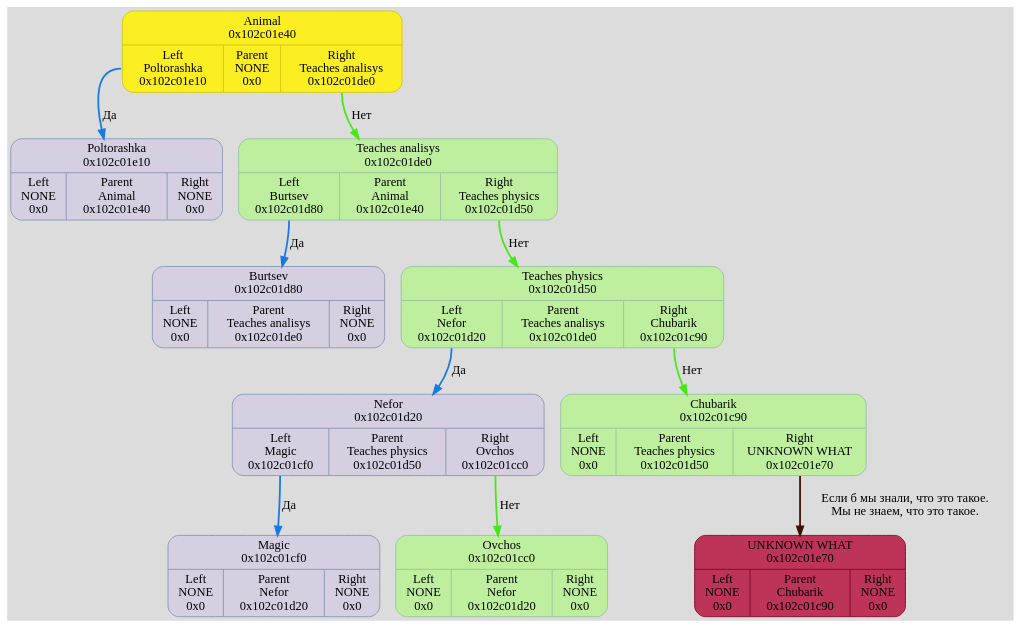
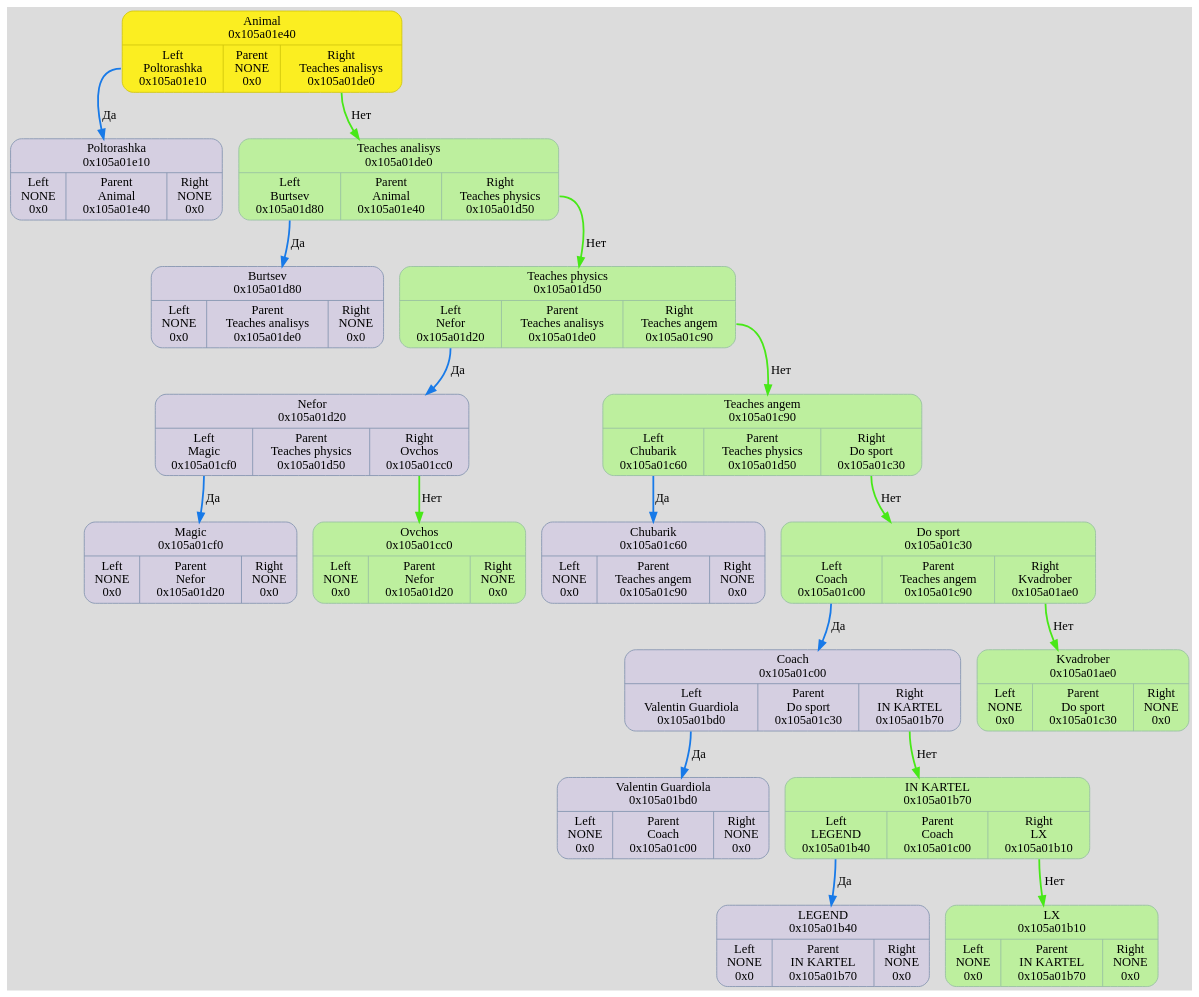
Before and after one commit to TolikRogov/Akinator: the diagram in dump/graph.dot, drawn with Graphviz. The commit also changed 53 other files, not shown here.

```diff
--- a/dump/graph.dot
+++ b/dump/graph.dot
@@ -1,29 +1,46 @@
 digraph {
 	fontname = "UbuntuMono";
 	bgcolor = "#DCDCDC";
 
-	node0x102c01e40 [ shape = Mrecord; style = filled; fillcolor = "#FBEE21"; color = "#D3C70D"; fontcolor = "#000000";label = " { Animal\n0x102c01e40 | { <left> Left\nPoltorashka\n0x102c01e10 | Parent\nNONE\n0x0 | <right> Right\nTeaches analisys\n0x102c01de0 } } ";  ];
-	node0x102c01e40:<left> -> node0x102c01e10 [ style = "bold"; color = "#187AE8"; label = "Да"; ];
-	node0x102c01e10 [ shape = Mrecord; style = filled; fillcolor = "#D5CFE1"; color = "#8797b2"; fontcolor = "#000000";label = " { Poltorashka\n0x102c01e10 | { <left> Left\nNONE\n0x0 | Parent\nAnimal\n0x102c01e40 | <right> Right\nNONE\n0x0 } } ";  ];
-	node0x102c01de0 [ shape = Mrecord; style = filled; fillcolor = "#D5CFE1"; color = "#8797b2"; fontcolor = "#000000";label = " { Teaches analisys\n0x102c01de0 | { <left> Left\nBurtsev\n0x102c01d80 | Parent\nAnimal\n0x102c01e40 | <right> Right\nTeaches physics\n0x102c01d50 } } ";  ];
-	node0x102c01de0:<left> -> node0x102c01d80 [ style = "bold"; color = "#187AE8"; label = "Да"; ];
-	node0x102c01d80 [ shape = Mrecord; style = filled; fillcolor = "#D5CFE1"; color = "#8797b2"; fontcolor = "#000000";label = " { Burtsev\n0x102c01d80 | { <left> Left\nNONE\n0x0 | Parent\nTeaches analisys\n0x102c01de0 | <right> Right\nNONE\n0x0 } } ";  ];
-	node0x102c01d50 [ shape = Mrecord; style = filled; fillcolor = "#D5CFE1"; color = "#8797b2"; fontcolor = "#000000";label = " { Teaches physics\n0x102c01d50 | { <left> Left\nNefor\n0x102c01d20 | Parent\nTeaches analisys\n0x102c01de0 | <right> Right\nChubarik\n0x102c01c90 } } ";  ];
-	node0x102c01d50:<left> -> node0x102c01d20 [ style = "bold"; color = "#187AE8"; label = "Да"; ];
-	node0x102c01d20 [ shape = Mrecord; style = filled; fillcolor = "#D5CFE1"; color = "#8797b2"; fontcolor = "#000000";label = " { Nefor\n0x102c01d20 | { <left> Left\nMagic\n0x102c01cf0 | Parent\nTeaches physics\n0x102c01d50 | <right> Right\nOvchos\n0x102c01cc0 } } ";  ];
-	node0x102c01d20:<left> -> node0x102c01cf0 [ style = "bold"; color = "#187AE8"; label = "Да"; ];
-	node0x102c01cf0 [ shape = Mrecord; style = filled; fillcolor = "#D5CFE1"; color = "#8797b2"; fontcolor = "#000000";label = " { Magic\n0x102c01cf0 | { <left> Left\nNONE\n0x0 | Parent\nNefor\n0x102c01d20 | <right> Right\nNONE\n0x0 } } ";  ];
-	node0x102c01cc0 [ shape = Mrecord; style = filled; fillcolor = "#D5CFE1"; color = "#8797b2"; fontcolor = "#000000";label = " { Ovchos\n0x102c01cc0 | { <left> Left\nNONE\n0x0 | Parent\nNefor\n0x102c01d20 | <right> Right\nNONE\n0x0 } } ";  ];
-	node0x102c01d20:<right> -> node0x102c01cc0 [ style = "bold"; color = "#48E818"; label = "Нет"; ];
-	node0x102c01cc0 [ fillcolor = "#BDEF9E"; color = "#99c2a2"; fontcolor = "#000000"; ];
-	node0x102c01c90 [ shape = Mrecord; style = filled; fillcolor = "#D5CFE1"; color = "#8797b2"; fontcolor = "#000000";label = " { Chubarik\n0x102c01c90 | { <left> Left\nNONE\n0x0 | Parent\nTeaches physics\n0x102c01d50 | <right> Right\nUNKNOWN WHAT\n0x102c01e70 } } ";  ];
-	node0x102c01e70 [ shape = Mrecord; style = filled; fillcolor = "#D5CFE1"; color = "#8797b2"; fontcolor = "#000000";label = " { UNKNOWN WHAT\n0x102c01e70 | { <left> Left\nNONE\n0x0 | Parent\nChubarik\n0x102c01c90 | <right> Right\nNONE\n0x0 } } ";  ];
-	node0x102c01e70 [ fillcolor = "#BD3458"; color = "#7b0d1e"; fontcolor = "#000000"; ];
-	node0x102c01c90:<right> -> node0x102c01e70 [ style = "bold"; color = "#3d1308"; label = "Если б мы знали, что это такое.\nМы не знаем, что это такое."; ];
-	node0x102c01d50:<right> -> node0x102c01c90 [ style = "bold"; color = "#48E818"; label = "Нет"; ];
-	node0x102c01c90 [ fillcolor = "#BDEF9E"; color = "#99c2a2"; fontcolor = "#000000"; ];
-	node0x102c01de0:<right> -> node0x102c01d50 [ style = "bold"; color = "#48E818"; label = "Нет"; ];
-	node0x102c01d50 [ fillcolor = "#BDEF9E"; color = "#99c2a2"; fontcolor = "#000000"; ];
-	node0x102c01e40:<right> -> node0x102c01de0 [ style = "bold"; color = "#48E818"; label = "Нет"; ];
-	node0x102c01de0 [ fillcolor = "#BDEF9E"; color = "#99c2a2"; fontcolor = "#000000"; ];
+	node0x105a01e40 [ shape = Mrecord; style = filled; fillcolor = "#FBEE21"; color = "#D3C70D"; fontcolor = "#000000";label = " { Animal\n0x105a01e40 | { <left> Left\nPoltorashka\n0x105a01e10 | Parent\nNONE\n0x0 | <right> Right\nTeaches analisys\n0x105a01de0 } } ";  ];
+	node0x105a01e40:<left> -> node0x105a01e10 [ style = "bold"; color = "#187AE8"; label = "Да"; ];
+	node0x105a01e10 [ shape = Mrecord; style = filled; fillcolor = "#D5CFE1"; color = "#8797b2"; fontcolor = "#000000";label = " { Poltorashka\n0x105a01e10 | { <left> Left\nNONE\n0x0 | Parent\nAnimal\n0x105a01e40 | <right> Right\nNONE\n0x0 } } ";  ];
+	node0x105a01de0 [ shape = Mrecord; style = filled; fillcolor = "#D5CFE1"; color = "#8797b2"; fontcolor = "#000000";label = " { Teaches analisys\n0x105a01de0 | { <left> Left\nBurtsev\n0x105a01d80 | Parent\nAnimal\n0x105a01e40 | <right> Right\nTeaches physics\n0x105a01d50 } } ";  ];
+	node0x105a01de0:<left> -> node0x105a01d80 [ style = "bold"; color = "#187AE8"; label = "Да"; ];
+	node0x105a01d80 [ shape = Mrecord; style = filled; fillcolor = "#D5CFE1"; color = "#8797b2"; fontcolor = "#000000";label = " { Burtsev\n0x105a01d80 | { <left> Left\nNONE\n0x0 | Parent\nTeaches analisys\n0x105a01de0 | <right> Right\nNONE\n0x0 } } ";  ];
+	node0x105a01d50 [ shape = Mrecord; style = filled; fillcolor = "#D5CFE1"; color = "#8797b2"; fontcolor = "#000000";label = " { Teaches physics\n0x105a01d50 | { <left> Left\nNefor\n0x105a01d20 | Parent\nTeaches analisys\n0x105a01de0 | <right> Right\nTeaches angem\n0x105a01c90 } } ";  ];
+	node0x105a01d50:<left> -> node0x105a01d20 [ style = "bold"; color = "#187AE8"; label = "Да"; ];
+	node0x105a01d20 [ shape = Mrecord; style = filled; fillcolor = "#D5CFE1"; color = "#8797b2"; fontcolor = "#000000";label = " { Nefor\n0x105a01d20 | { <left> Left\nMagic\n0x105a01cf0 | Parent\nTeaches physics\n0x105a01d50 | <right> Right\nOvchos\n0x105a01cc0 } } ";  ];
+	node0x105a01d20:<left> -> node0x105a01cf0 [ style = "bold"; color = "#187AE8"; label = "Да"; ];
+	node0x105a01cf0 [ shape = Mrecord; style = filled; fillcolor = "#D5CFE1"; color = "#8797b2"; fontcolor = "#000000";label = " { Magic\n0x105a01cf0 | { <left> Left\nNONE\n0x0 | Parent\nNefor\n0x105a01d20 | <right> Right\nNONE\n0x0 } } ";  ];
+	node0x105a01cc0 [ shape = Mrecord; style = filled; fillcolor = "#D5CFE1"; color = "#8797b2"; fontcolor = "#000000";label = " { Ovchos\n0x105a01cc0 | { <left> Left\nNONE\n0x0 | Parent\nNefor\n0x105a01d20 | <right> Right\nNONE\n0x0 } } ";  ];
+	node0x105a01d20:<right> -> node0x105a01cc0 [ style = "bold"; color = "#48E818"; label = "Нет"; ];
+	node0x105a01cc0 [ fillcolor = "#BDEF9E"; color = "#99c2a2"; fontcolor = "#000000"; ];
+	node0x105a01c90 [ shape = Mrecord; style = filled; fillcolor = "#D5CFE1"; color = "#8797b2"; fontcolor = "#000000";label = " { Teaches angem\n0x105a01c90 | { <left> Left\nChubarik\n0x105a01c60 | Parent\nTeaches physics\n0x105a01d50 | <right> Right\nDo sport\n0x105a01c30 } } ";  ];
+	node0x105a01c90:<left> -> node0x105a01c60 [ style = "bold"; color = "#187AE8"; label = "Да"; ];
+	node0x105a01c60 [ shape = Mrecord; style = filled; fillcolor = "#D5CFE1"; color = "#8797b2"; fontcolor = "#000000";label = " { Chubarik\n0x105a01c60 | { <left> Left\nNONE\n0x0 | Parent\nTeaches angem\n0x105a01c90 | <right> Right\nNONE\n0x0 } } ";  ];
+	node0x105a01c30 [ shape = Mrecord; style = filled; fillcolor = "#D5CFE1"; color = "#8797b2"; fontcolor = "#000000";label = " { Do sport\n0x105a01c30 | { <left> Left\nCoach\n0x105a01c00 | Parent\nTeaches angem\n0x105a01c90 | <right> Right\nKvadrober\n0x105a01ae0 } } ";  ];
+	node0x105a01c30:<left> -> node0x105a01c00 [ style = "bold"; color = "#187AE8"; label = "Да"; ];
+	node0x105a01c00 [ shape = Mrecord; style = filled; fillcolor = "#D5CFE1"; color = "#8797b2"; fontcolor = "#000000";label = " { Coach\n0x105a01c00 | { <left> Left\nValentin Guardiola\n0x105a01bd0 | Parent\nDo sport\n0x105a01c30 | <right> Right\nIN KARTEL\n0x105a01b70 } } ";  ];
+	node0x105a01c00:<left> -> node0x105a01bd0 [ style = "bold"; color = "#187AE8"; label = "Да"; ];
+	node0x105a01bd0 [ shape = Mrecord; style = filled; fillcolor = "#D5CFE1"; color = "#8797b2"; fontcolor = "#000000";label = " { Valentin Guardiola\n0x105a01bd0 | { <left> Left\nNONE\n0x0 | Parent\nCoach\n0x105a01c00 | <right> Right\nNONE\n0x0 } } ";  ];
+	node0x105a01b70 [ shape = Mrecord; style = filled; fillcolor = "#D5CFE1"; color = "#8797b2"; fontcolor = "#000000";label = " { IN KARTEL\n0x105a01b70 | { <left> Left\nLEGEND\n0x105a01b40 | Parent\nCoach\n0x105a01c00 | <right> Right\nLX\n0x105a01b10 } } ";  ];
+	node0x105a01b70:<left> -> node0x105a01b40 [ style = "bold"; color = "#187AE8"; label = "Да"; ];
+	node0x105a01b40 [ shape = Mrecord; style = filled; fillcolor = "#D5CFE1"; color = "#8797b2"; fontcolor = "#000000";label = " { LEGEND\n0x105a01b40 | { <left> Left\nNONE\n0x0 | Parent\nIN KARTEL\n0x105a01b70 | <right> Right\nNONE\n0x0 } } ";  ];
+	node0x105a01b10 [ shape = Mrecord; style = filled; fillcolor = "#D5CFE1"; color = "#8797b2"; fontcolor = "#000000";label = " { LX\n0x105a01b10 | { <left> Left\nNONE\n0x0 | Parent\nIN KARTEL\n0x105a01b70 | <right> Right\nNONE\n0x0 } } ";  ];
+	node0x105a01b70:<right> -> node0x105a01b10 [ style = "bold"; color = "#48E818"; label = "Нет"; ];
+	node0x105a01b10 [ fillcolor = "#BDEF9E"; color = "#99c2a2"; fontcolor = "#000000"; ];
+	node0x105a01c00:<right> -> node0x105a01b70 [ style = "bold"; color = "#48E818"; label = "Нет"; ];
+	node0x105a01b70 [ fillcolor = "#BDEF9E"; color = "#99c2a2"; fontcolor = "#000000"; ];
+	node0x105a01ae0 [ shape = Mrecord; style = filled; fillcolor = "#D5CFE1"; color = "#8797b2"; fontcolor = "#000000";label = " { Kvadrober\n0x105a01ae0 | { <left> Left\nNONE\n0x0 | Parent\nDo sport\n0x105a01c30 | <right> Right\nNONE\n0x0 } } ";  ];
+	node0x105a01c30:<right> -> node0x105a01ae0 [ style = "bold"; color = "#48E818"; label = "Нет"; ];
+	node0x105a01ae0 [ fillcolor = "#BDEF9E"; color = "#99c2a2"; fontcolor = "#000000"; ];
+	node0x105a01c90:<right> -> node0x105a01c30 [ style = "bold"; color = "#48E818"; label = "Нет"; ];
+	node0x105a01c30 [ fillcolor = "#BDEF9E"; color = "#99c2a2"; fontcolor = "#000000"; ];
+	node0x105a01d50:<right> -> node0x105a01c90 [ style = "bold"; color = "#48E818"; label = "Нет"; ];
+	node0x105a01c90 [ fillcolor = "#BDEF9E"; color = "#99c2a2"; fontcolor = "#000000"; ];
+	node0x105a01de0:<right> -> node0x105a01d50 [ style = "bold"; color = "#48E818"; label = "Нет"; ];
+	node0x105a01d50 [ fillcolor = "#BDEF9E"; color = "#99c2a2"; fontcolor = "#000000"; ];
+	node0x105a01e40:<right> -> node0x105a01de0 [ style = "bold"; color = "#48E818"; label = "Нет"; ];
+	node0x105a01de0 [ fillcolor = "#BDEF9E"; color = "#99c2a2"; fontcolor = "#000000"; ];
 }
```
